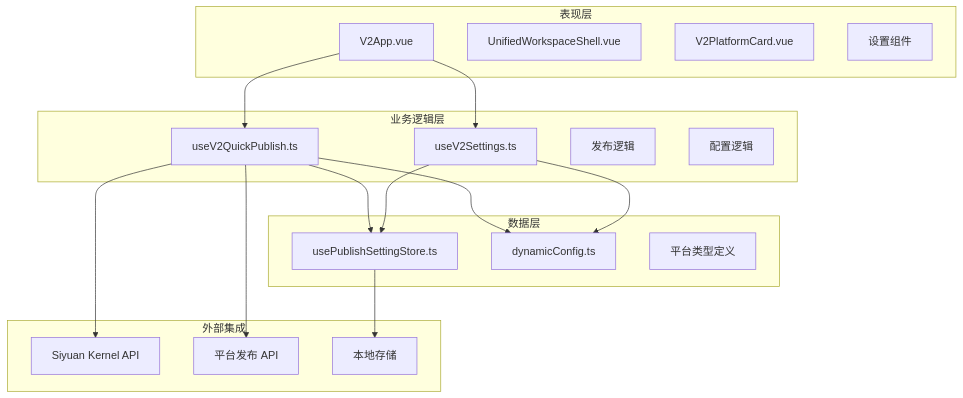
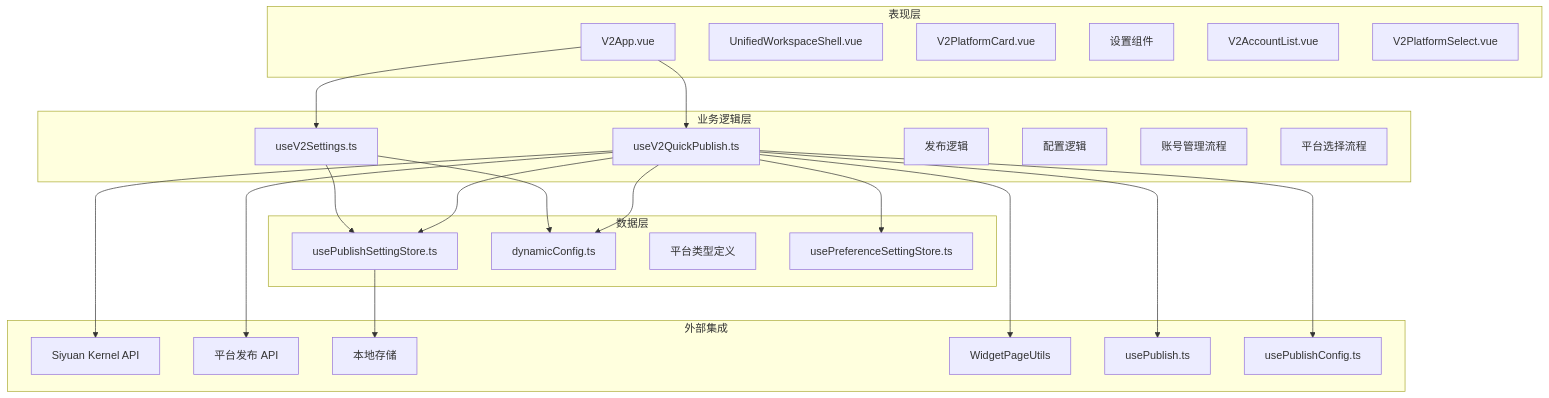
Before and after one commit to terwer/siyuan-plugin-publisher: the fourth of 10 diagrams in .qoder/repowiki/zh/content/用户界面组件/页面组件/V2 应用根组件.md, drawn with Mermaid. The commit also changed other lines of this file and 14 other files, not shown here.

````diff
--- a/.qoder/repowiki/zh/content/用户界面组件/页面组件/V2 应用根组件.md
+++ b/.qoder/repowiki/zh/content/用户界面组件/页面组件/V2 应用根组件.md
@@ -174,34 +192,46 @@
 ```mermaid
 graph TD
 subgraph "表现层"
 V2App[V2App.vue]
 Layout[UnifiedWorkspaceShell.vue]
 Cards[V2PlatformCard.vue]
 Settings[设置组件]
+AccountList[V2AccountList.vue]
+PlatformSelect[V2PlatformSelect.vue]
 end
 subgraph "业务逻辑层"
 QuickPub[useV2QuickPublish.ts]
 SettingsFn[useV2Settings.ts]
 PublishLogic[发布逻辑]
 ConfigLogic[配置逻辑]
+AccountFlow[账号管理流程]
+PlatformFlow[平台选择流程]
 end
 subgraph "数据层"
 Store[usePublishSettingStore.ts]
 DynConfig[dynamicConfig.ts]
 PlatformTypes[平台类型定义]
+PrefStore[usePreferenceSettingStore.ts]
 end
 subgraph "外部集成"
 SiyuanAPI[Siyuan Kernel API]
 PlatformAPI[平台发布 API]
 Storage[本地存储]
+WidgetUtils[WidgetPageUtils]
+PublishUtils[usePublish.ts]
+ConfigUtils[usePublishConfig.ts]
 end
 V2App --> QuickPub
 V2App --> SettingsFn
 QuickPub --> Store
 SettingsFn --> Store
 QuickPub --> DynConfig
 SettingsFn --> DynConfig
+QuickPub --> PrefStore
+QuickPub --> WidgetUtils
+QuickPub --> PublishUtils
+QuickPub --> ConfigUtils
 QuickPub --> SiyuanAPI
 QuickPub --> PlatformAPI
 Store --> Storage
 ```
````
